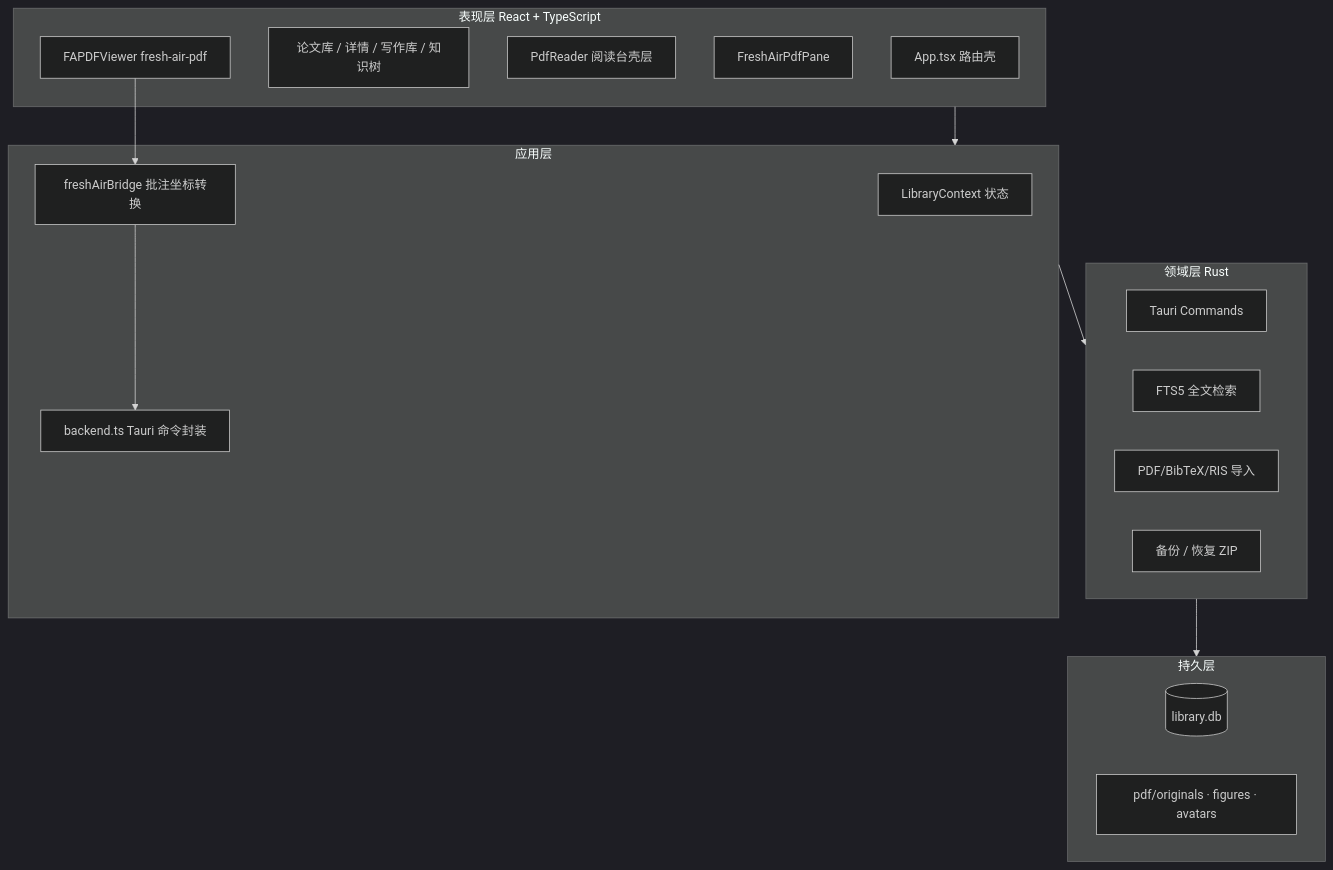
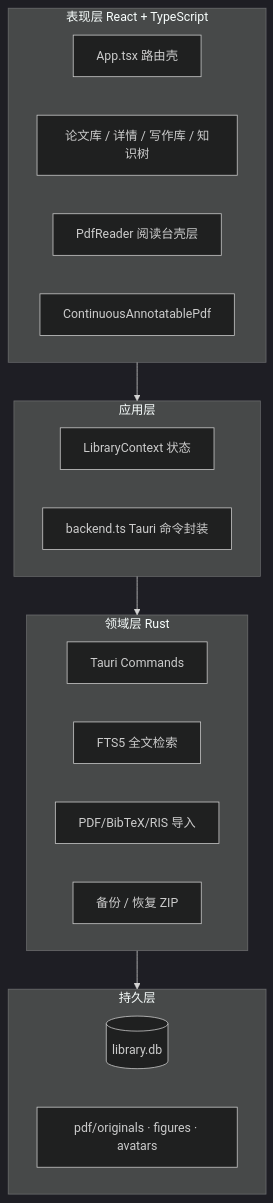
Before and after one commit to naipings/PaperNest: the first of 8 diagrams in docs/DEVELOPMENT.md, drawn with Mermaid (dark theme). The commit also changed other lines of this file and 55 other files, not shown here.

````diff
--- a/docs/DEVELOPMENT.md
+++ b/docs/DEVELOPMENT.md
@@ -19,34 +19,30 @@
 ```mermaid
 flowchart TB
   subgraph Presentation["表现层 React + TypeScript"]
     App["App.tsx 路由壳"]
     LibraryView["论文库 / 详情 / 写作库 / 知识树"]
     PdfReader["PdfReader 阅读台壳层"]
-    FreshAirPdfPane["FreshAirPdfPane"]
-    FAPDFViewer["FAPDFViewer fresh-air-pdf"]
+    ContinuousPdf["ContinuousAnnotatablePdf"]
   end
 
   subgraph Application["应用层"]
     LibraryContext["LibraryContext 状态"]
     backend["backend.ts Tauri 命令封装"]
-    freshAirBridge["freshAirBridge 批注坐标转换"]
   end
 
   subgraph Domain["领域层 Rust"]
     Commands["Tauri Commands"]
     Search["FTS5 全文检索"]
     Import["PDF/BibTeX/RIS 导入"]
     Backup["备份 / 恢复 ZIP"]
   end
 
   subgraph Persistence["持久层"]
     SQLite[(library.db)]
     Files["pdf/originals · figures · avatars"]
   end
 
   Presentation --> Application
   Application --> Domain
   Domain --> Persistence
-  FAPDFViewer --> freshAirBridge
-  freshAirBridge --> backend
 ```
````
